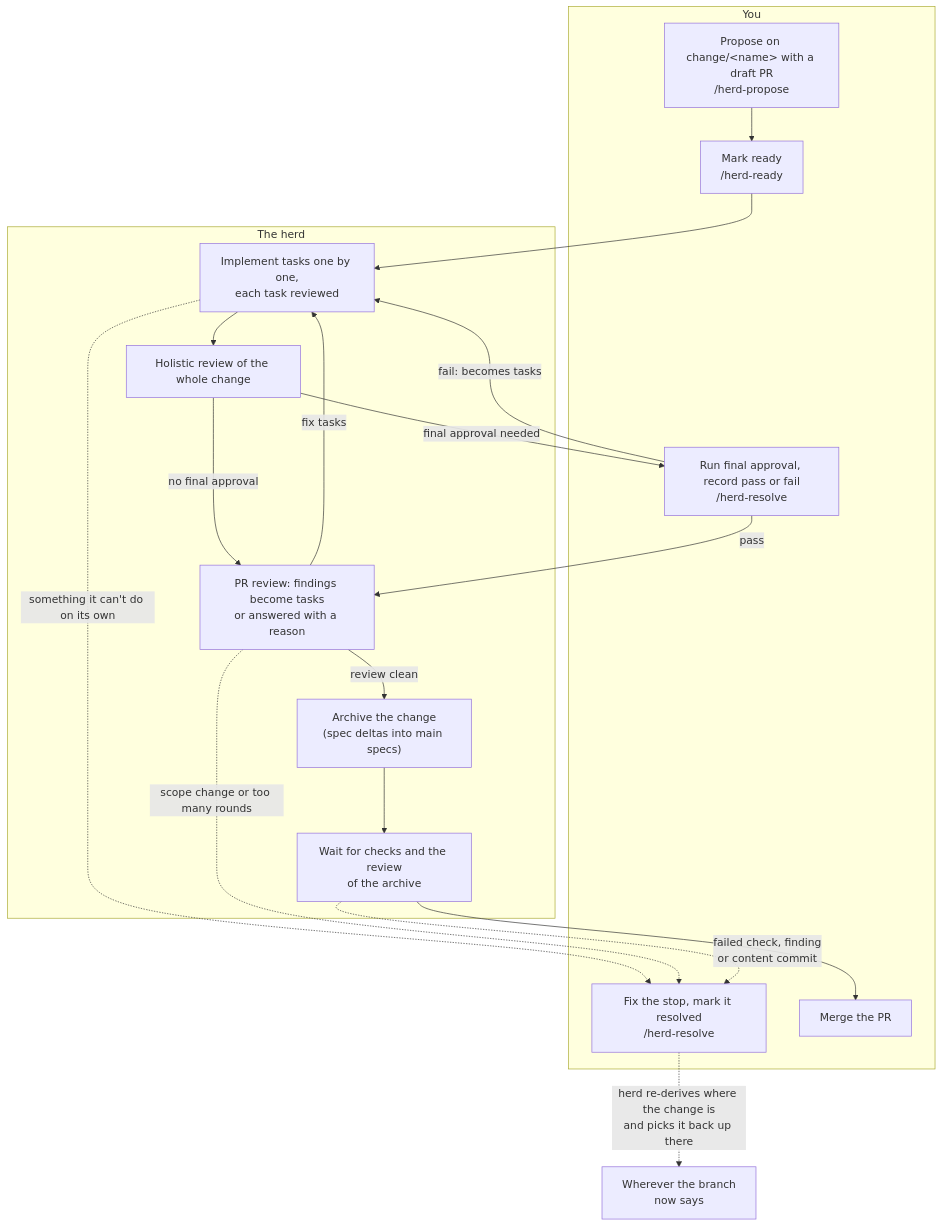
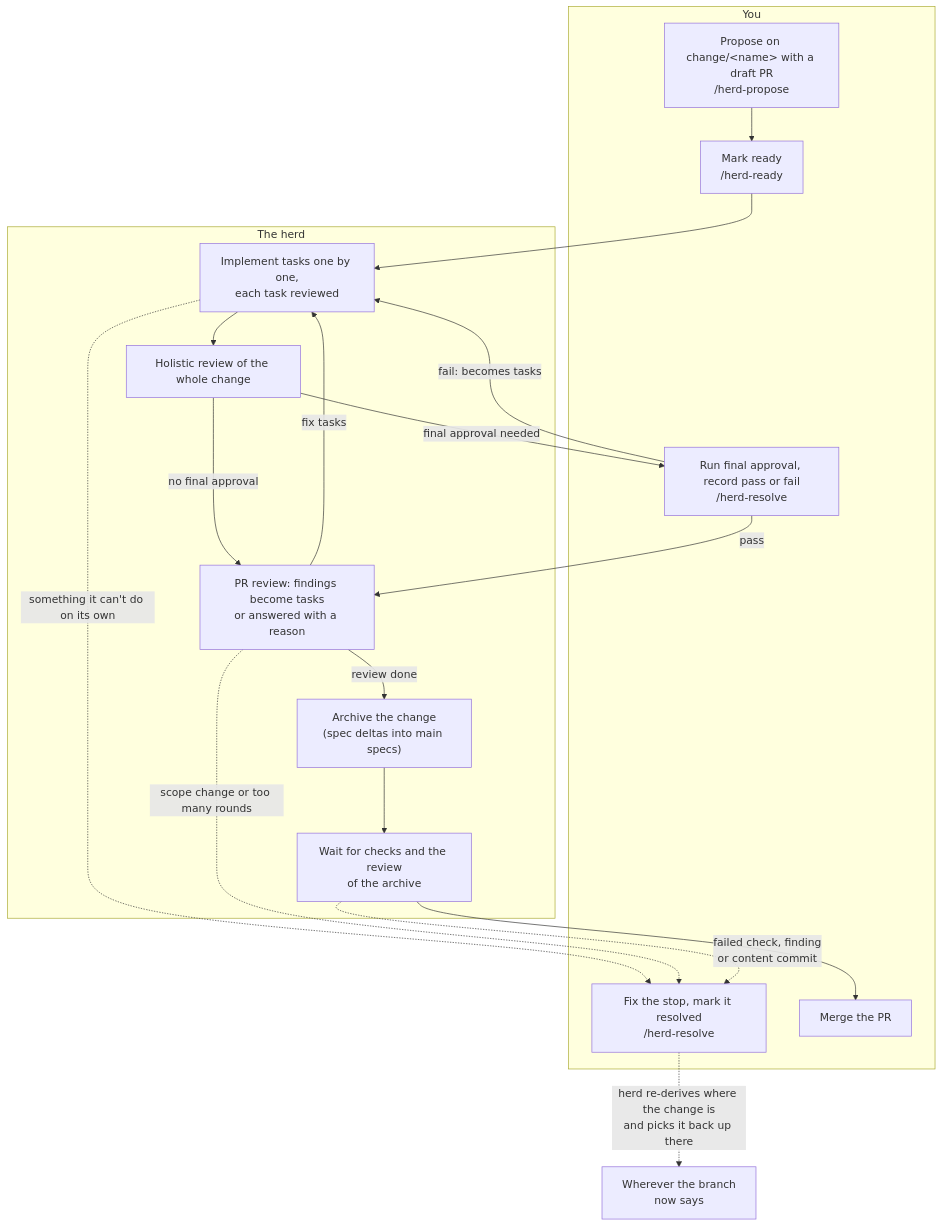
Before and after one commit to mliikanen/herd: the diagram in docs/using-the-herd.md, drawn with Mermaid. The commit also changed 1 other file, not shown here.

Commit message:
Docs: show the review-timeout path in both diagrams

````diff
--- a/docs/using-the-herd.md
+++ b/docs/using-the-herd.md
@@ -23,28 +23,28 @@
 ```mermaid
 flowchart TD
     subgraph you["You"]
         P["Propose on change/&lt;name&gt; with a draft PR<br/>/herd-propose"]
         R["Mark ready<br/>/herd-ready"]
         FA["Run final approval, record pass or fail<br/>/herd-resolve"]
         NH["Fix the stop, mark it resolved<br/>/herd-resolve"]
         M["Merge the PR"]
     end
     subgraph herd["The herd"]
         I["Implement tasks one by one,<br/>each task reviewed"]
         H["Holistic review of the whole change"]
         RV["PR review: findings become tasks<br/>or answered with a reason"]
         A["Archive the change<br/>(spec deltas into main specs)"]
         AP["Wait for checks and the review<br/>of the archive"]
     end
     P --> R --> I --> H
     H -- "final approval needed" --> FA
     H -- "no final approval" --> RV
     FA -- "pass" --> RV
     FA -- "fail: becomes tasks" --> I
     RV -- "fix tasks" --> I
-    RV -- "review clean" --> A --> AP --> M
+    RV -- "review done" --> A --> AP --> M
     I -. "something it can't do on its own" .-> NH
     RV -. "scope change or too many rounds" .-> NH
     AP -. "failed check, finding<br/>or content commit" .-> NH
     NH -. "herd re-derives where the change is<br/>and picks it back up there" .-> RD["Wherever the branch<br/>now says"]
 ```
````
